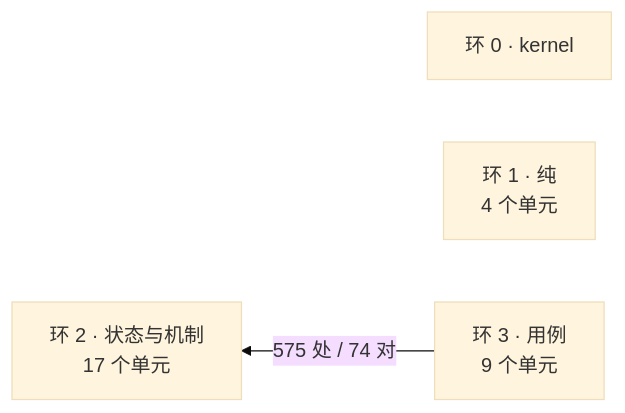
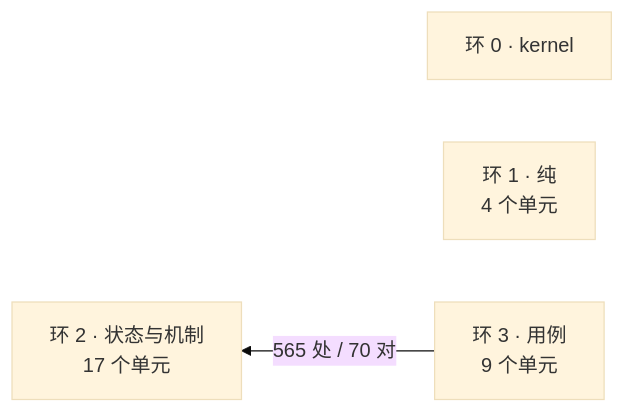
Before and after one commit to theRMM714/Solomni: the diagram in docs/architecture/dependency-map.md, drawn with Mermaid (base theme). The commit also changed other lines of this file and 802 other files, not shown here.

````diff
--- a/docs/architecture/dependency-map.md
+++ b/docs/architecture/dependency-map.md
@@ -14,8 +14,8 @@
 ```mermaid
 flowchart RL
   R0["环 0 · kernel"]
   R1["环 1 · 纯<br/>4 个单元"]
   R2["环 2 · 状态与机制<br/>17 个单元"]
   R3["环 3 · 用例<br/>9 个单元"]
-  R3 -->|"575 处 / 74 对"| R2
+  R3 -->|"565 处 / 70 对"| R2
 ```
````
